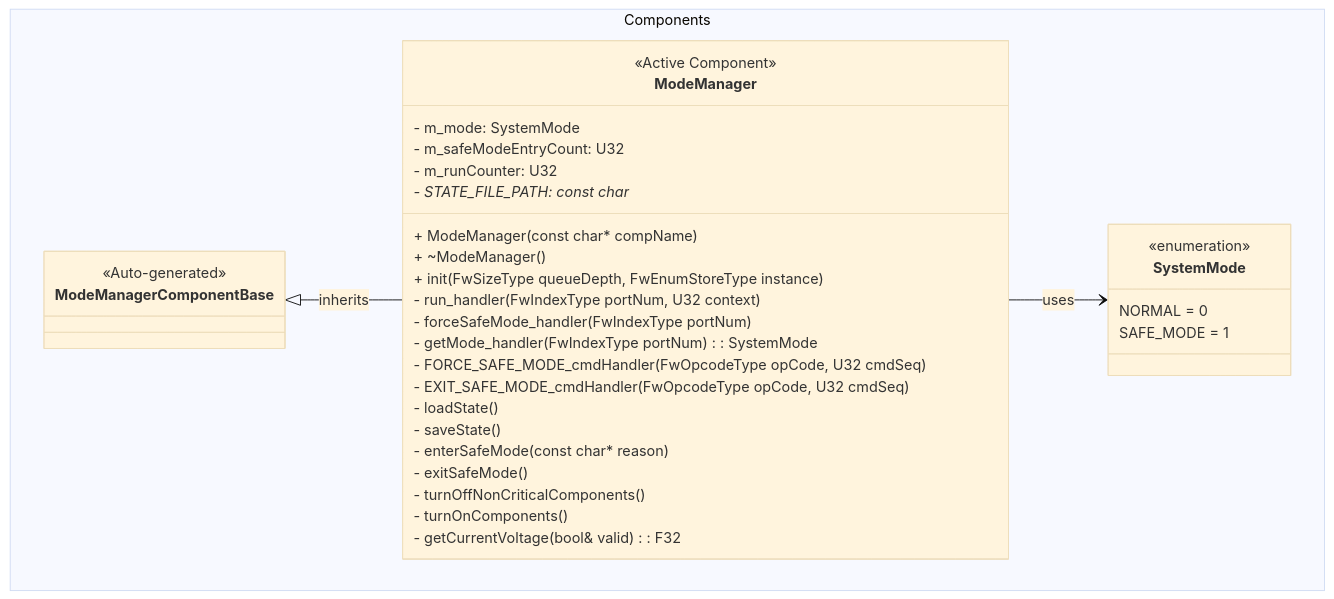
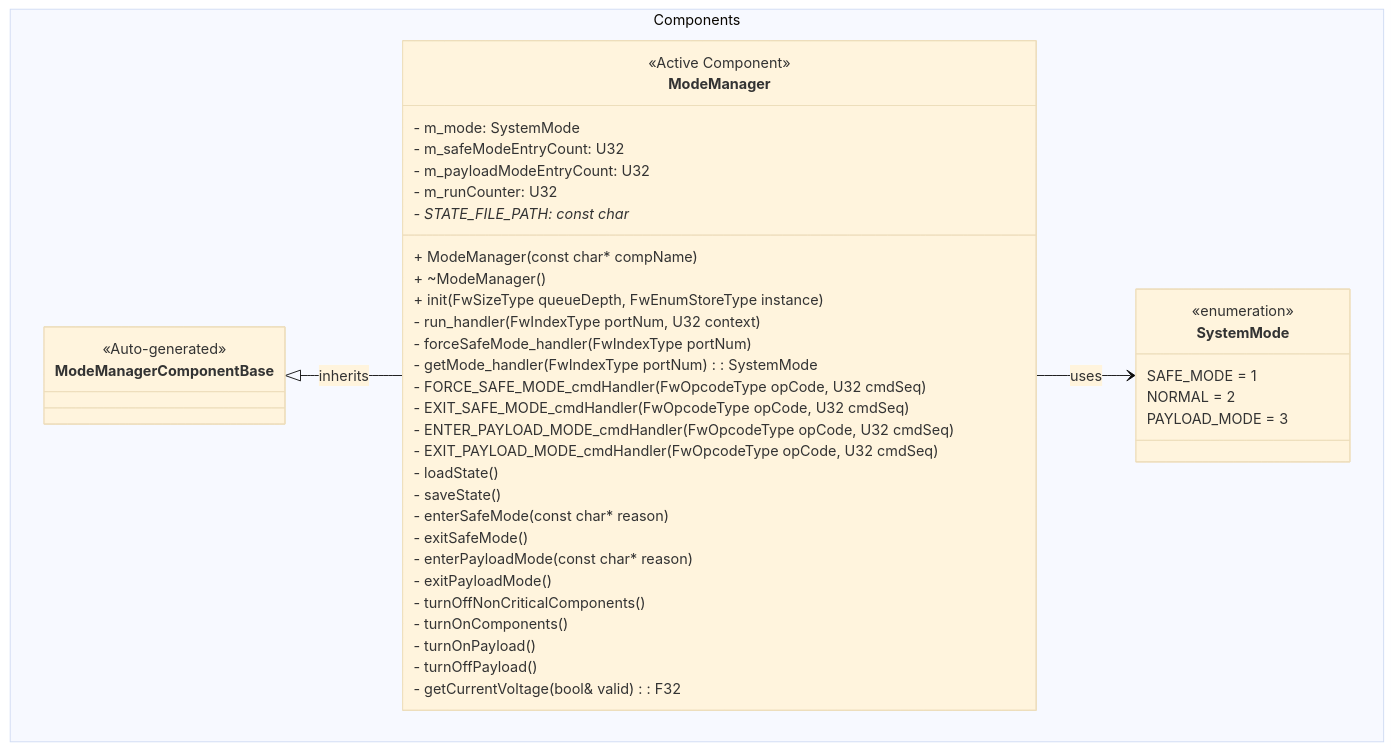
Before and after one commit to Open-Source-Space-Foundation/proves-core-reference: the first of 8 diagrams in FprimeZephyrReference/Components/ModeManager/docs/sdd.md, drawn with Mermaid (base theme). The commit also changed other lines of this file and 8 other files, not shown here.

First line of the commit message:
Payload Mode  (#131)

````diff
--- a/FprimeZephyrReference/Components/ModeManager/docs/sdd.md
+++ b/FprimeZephyrReference/Components/ModeManager/docs/sdd.md
@@ -73,37 +96,45 @@
 ```mermaid
 classDiagram
     namespace Components {
         class ModeManagerComponentBase {
             <<Auto-generated>>
         }
         class ModeManager {
             <<Active Component>>
             - m_mode: SystemMode
             - m_safeModeEntryCount: U32
+            - m_payloadModeEntryCount: U32
             - m_runCounter: U32
             - STATE_FILE_PATH: const char*
             + ModeManager(const char* compName)
             + ~ModeManager()
             + init(FwSizeType queueDepth, FwEnumStoreType instance)
             - run_handler(FwIndexType portNum, U32 context)
             - forceSafeMode_handler(FwIndexType portNum)
             - getMode_handler(FwIndexType portNum): SystemMode
             - FORCE_SAFE_MODE_cmdHandler(FwOpcodeType opCode, U32 cmdSeq)
             - EXIT_SAFE_MODE_cmdHandler(FwOpcodeType opCode, U32 cmdSeq)
+            - ENTER_PAYLOAD_MODE_cmdHandler(FwOpcodeType opCode, U32 cmdSeq)
+            - EXIT_PAYLOAD_MODE_cmdHandler(FwOpcodeType opCode, U32 cmdSeq)
             - loadState()
             - saveState()
             - enterSafeMode(const char* reason)
             - exitSafeMode()
+            - enterPayloadMode(const char* reason)
+            - exitPayloadMode()
             - turnOffNonCriticalComponents()
             - turnOnComponents()
+            - turnOnPayload()
+            - turnOffPayload()
             - getCurrentVoltage(bool& valid): F32
         }
         class SystemMode {
             <<enumeration>>
-            NORMAL = 0
             SAFE_MODE = 1
+            NORMAL = 2
+            PAYLOAD_MODE = 3
         }
     }
     ModeManagerComponentBase <|-- ModeManager : inherits
     ModeManager --> SystemMode : uses
 ```
````
